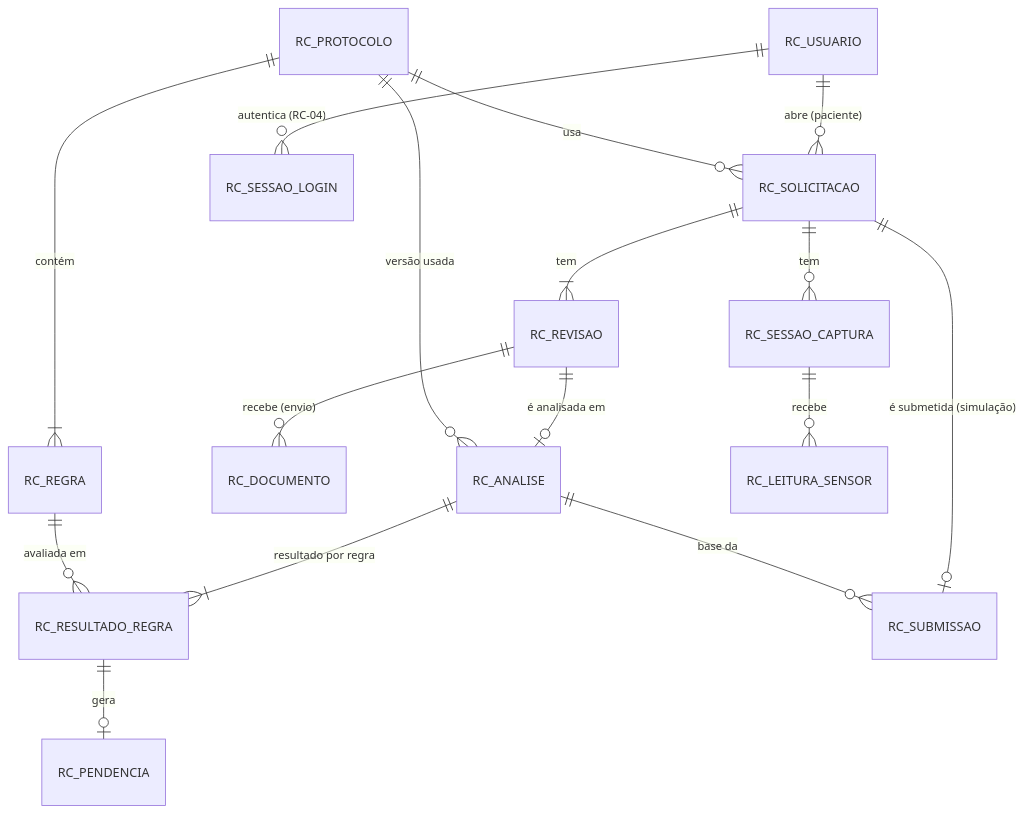
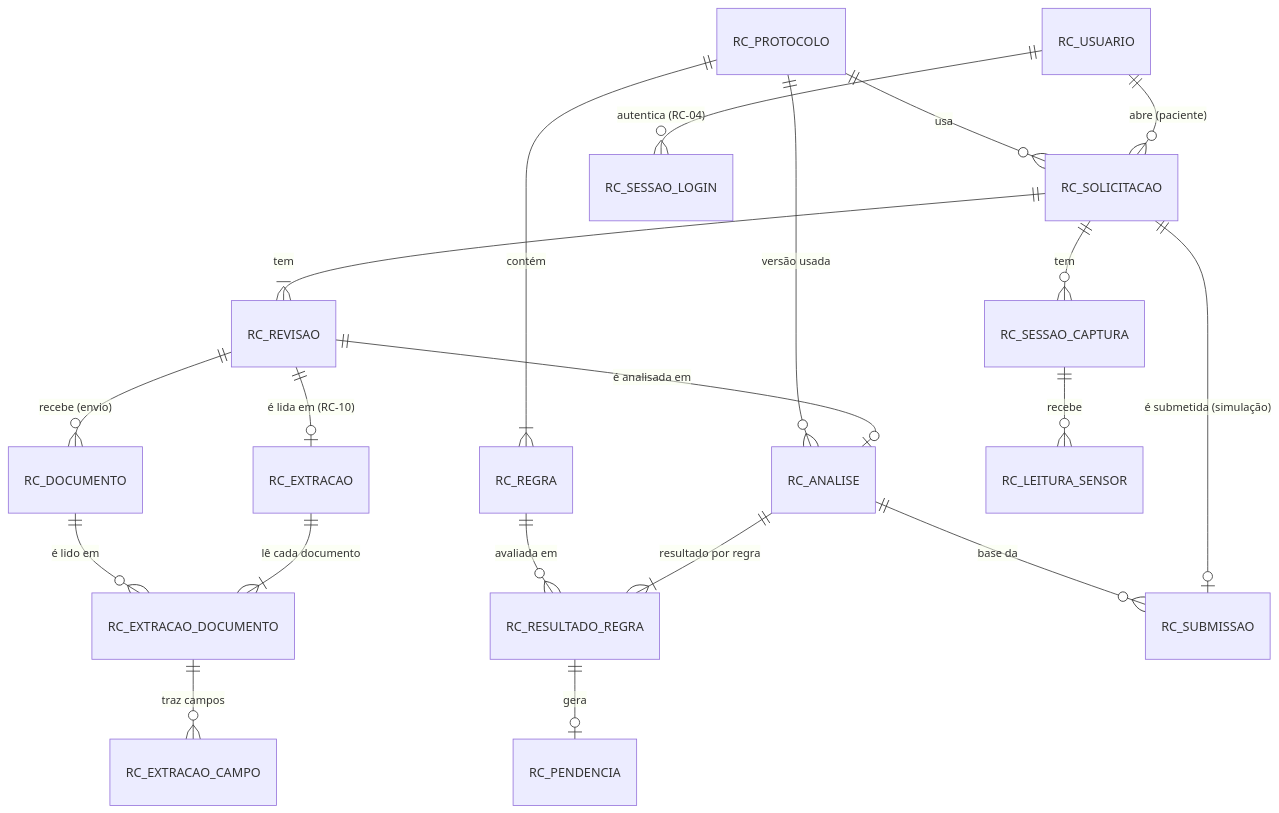
The diagram in docs/modelo-de-dados.md (Code-Masters-F/RegulaCheck), drawn with Mermaid before and after one commit. The commit also changed other lines of this file and 93 other files, not shown here.

````diff
--- a/docs/modelo-de-dados.md
+++ b/docs/modelo-de-dados.md
@@ -7,18 +7,22 @@
 ```mermaid
 erDiagram
     RC_USUARIO ||--o{ RC_SOLICITACAO : "abre (paciente)"
     RC_USUARIO ||--o{ RC_SESSAO_LOGIN : "autentica (RC-04)"
     RC_PROTOCOLO ||--|{ RC_REGRA : "contém"
     RC_PROTOCOLO ||--o{ RC_SOLICITACAO : "usa"
     RC_SOLICITACAO ||--|{ RC_REVISAO : "tem"
     RC_REVISAO ||--o{ RC_DOCUMENTO : "recebe (envio)"
     RC_REVISAO ||--o| RC_ANALISE : "é analisada em"
+    RC_REVISAO ||--o| RC_EXTRACAO : "é lida em (RC-10)"
+    RC_EXTRACAO ||--|{ RC_EXTRACAO_DOCUMENTO : "lê cada documento"
+    RC_DOCUMENTO ||--o{ RC_EXTRACAO_DOCUMENTO : "é lido em"
+    RC_EXTRACAO_DOCUMENTO ||--o{ RC_EXTRACAO_CAMPO : "traz campos"
     RC_PROTOCOLO ||--o{ RC_ANALISE : "versão usada"
     RC_ANALISE ||--|{ RC_RESULTADO_REGRA : "resultado por regra"
     RC_REGRA ||--o{ RC_RESULTADO_REGRA : "avaliada em"
     RC_RESULTADO_REGRA ||--o| RC_PENDENCIA : "gera"
     RC_SOLICITACAO ||--o{ RC_SESSAO_CAPTURA : "tem"
     RC_SESSAO_CAPTURA ||--o{ RC_LEITURA_SENSOR : "recebe"
     RC_SOLICITACAO ||--o| RC_SUBMISSAO : "é submetida (simulação)"
     RC_ANALISE ||--o{ RC_SUBMISSAO : "base da"
 ```
````
